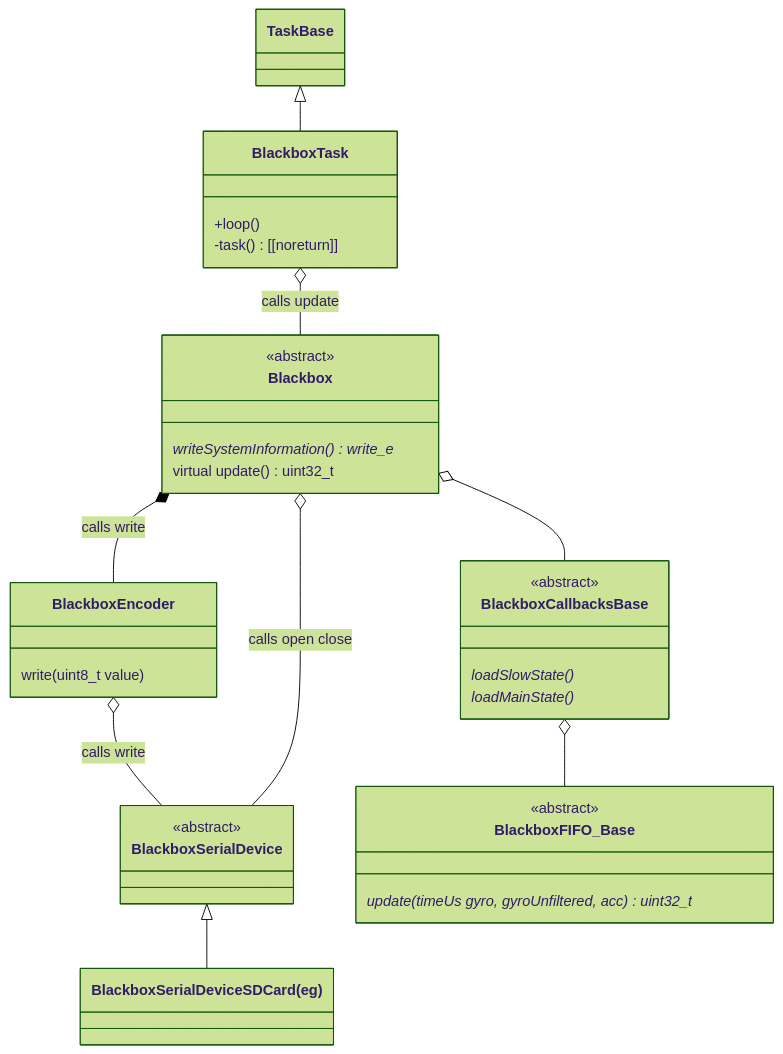
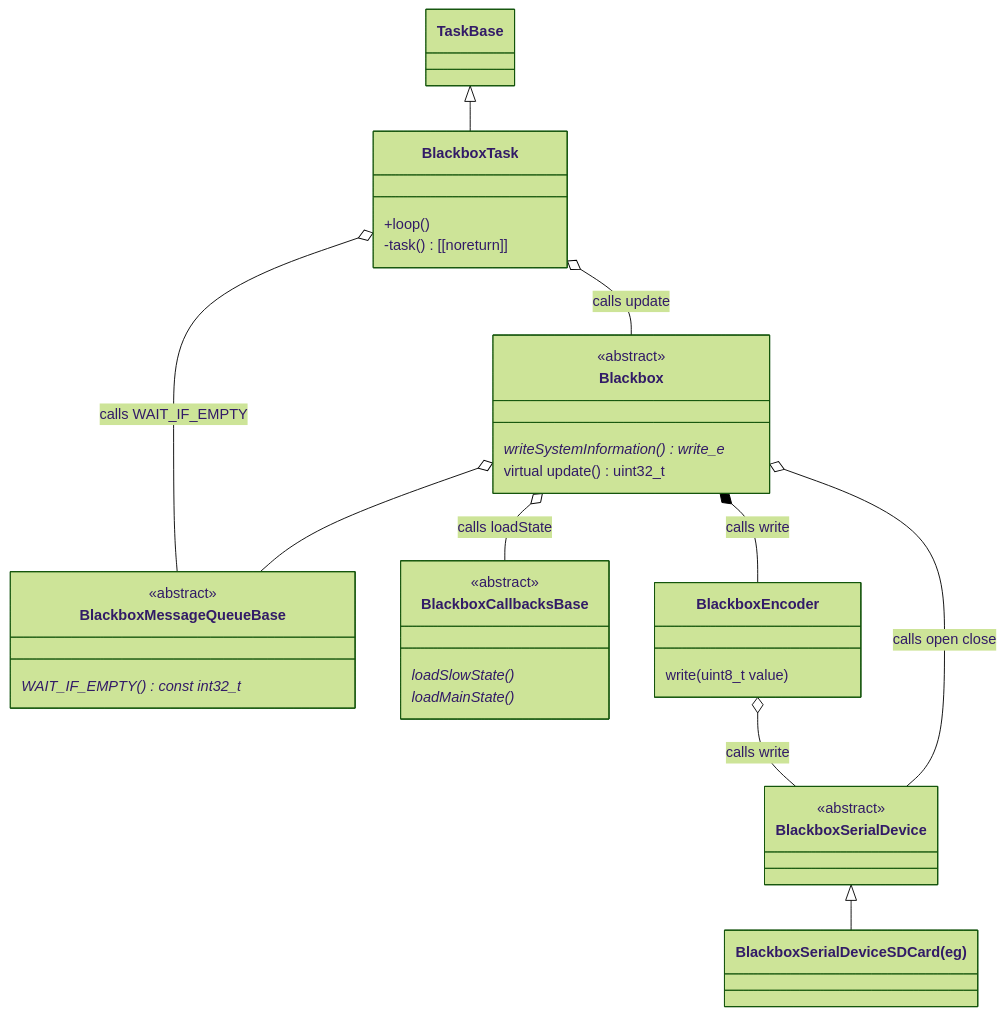
The diagram in README.md (martinbudden/Library-Blackbox), drawn with Mermaid (forest theme) before and after one commit. The commit also changed 13 other files, not shown here.

Commit message:
Improved message queue handling. Increased version to 0.0.5

````diff
--- a/README.md
+++ b/README.md
@@ -50,39 +50,40 @@
 ```mermaid
 classDiagram
     class BlackboxEncoder {
         write(uint8_t value)
     }
     class Blackbox {
         <<abstract>>
         writeSystemInformation() write_e *
         virtual update() uint32_t
     }
     class BlackboxCallbacksBase {
         <<abstract>>
         loadSlowState() *
         loadMainState() *
     }
+    class BlackboxMessageQueueBase {
+        <<abstract>>
+        WAIT_IF_EMPTY() const int32_t *
+    }
     class BlackboxSerialDevice {
         <<abstract>>
     }
-    class BlackboxFIFO_Base {
-        <<abstract>>
-        update(timeUs gyro, gyroUnfiltered, acc) uint32_t *
-    }
     class BlackboxSerialDeviceSDCard["BlackboxSerialDeviceSDCard(eg)"]
 
+    Blackbox o-- BlackboxMessageQueueBase
+    Blackbox o-- BlackboxCallbacksBase : calls loadState
     Blackbox *-- BlackboxEncoder : calls write
     BlackboxEncoder o-- BlackboxSerialDevice : calls write
     Blackbox o-- BlackboxSerialDevice : calls open close
     %%BlackboxSerialDevice --o BlackboxEncoder : calls write
     BlackboxSerialDevice <|-- BlackboxSerialDeviceSDCard
-    Blackbox o-- BlackboxCallbacksBase
-    BlackboxCallbacksBase o-- BlackboxFIFO_Base
 
     TaskBase <|-- BlackboxTask
     class BlackboxTask {
         +loop()
         -task() [[noreturn]]
     }
+    BlackboxTask o-- BlackboxMessageQueueBase : calls WAIT_IF_EMPTY
     BlackboxTask o-- Blackbox : calls update
 ```
````
